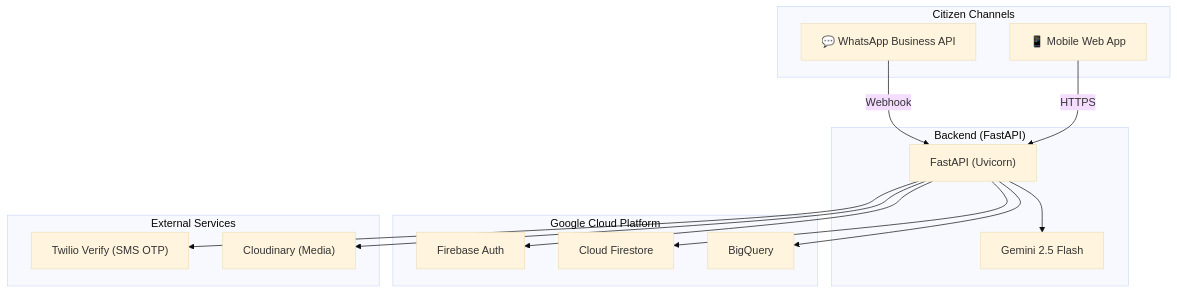
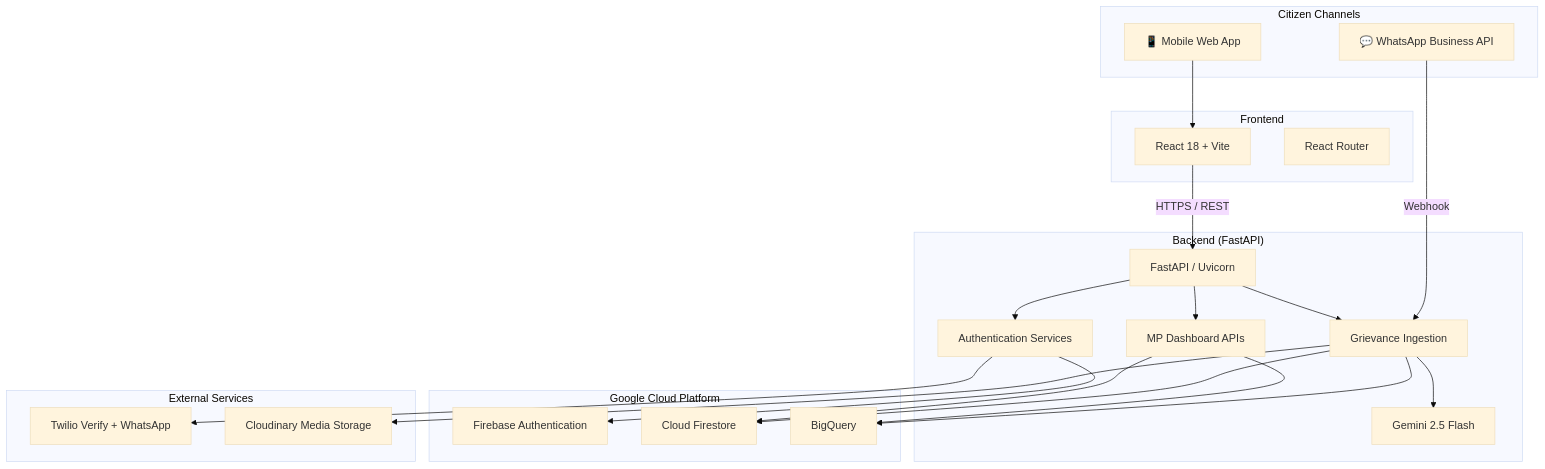
Before and after one commit to Harshit-Awasthi-05/Jan-Awaaz-AI: the first of 6 diagrams in README.md, drawn with Mermaid (base theme). The commit also changed other lines of this file, not shown here.

````diff
--- a/README.md
+++ b/README.md
@@ -29,32 +75,50 @@
-```mermaid
+``` mermaid
 graph TD
     subgraph "Citizen Channels"
         App["📱 Mobile Web App"]
         WA["💬 WhatsApp Business API"]
     end
 
+    subgraph "Frontend"
+        React["React 18 + Vite"]
+        Router["React Router"]
+    end
+
     subgraph "Backend (FastAPI)"
-        API["FastAPI (Uvicorn)"]
+        API["FastAPI / Uvicorn"]
+        AuthAPI["Authentication Services"]
+        Ingestion["Grievance Ingestion"]
+        MPAPI["MP Dashboard APIs"]
         AI["Gemini 2.5 Flash"]
     end
 
     subgraph "Google Cloud Platform"
-        Auth["Firebase Auth"]
-        FS["Cloud Firestore"]
+        FirebaseAuth["Firebase Authentication"]
+        Firestore["Cloud Firestore"]
         BQ["BigQuery"]
     end
 
     subgraph "External Services"
-        Twilio["Twilio Verify (SMS OTP)"]
-        Cloud["Cloudinary (Media)"]
+        Twilio["Twilio Verify + WhatsApp"]
+        Cloudinary["Cloudinary Media Storage"]
     end
 
-    App -->|HTTPS| API
-    WA -->|Webhook| API
-    API --> AI
-    API --> Auth
-    API --> FS
-    API --> BQ
-    API --> Cloud
-    API --> Twilio
+    App --> React
+    React -->|HTTPS / REST| API
+    WA -->|Webhook| Ingestion
+
+    API --> AuthAPI
+    API --> Ingestion
+    API --> MPAPI
+
+    AuthAPI --> FirebaseAuth
+    AuthAPI --> Twilio
+
+    Ingestion --> AI
+    Ingestion --> Firestore
+    Ingestion --> BQ
+    Ingestion --> Cloudinary
+
+    MPAPI --> Firestore
+    MPAPI --> BQ
 ```
````
